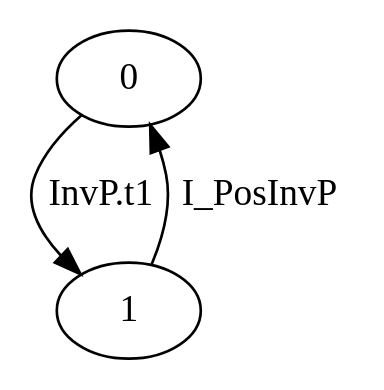
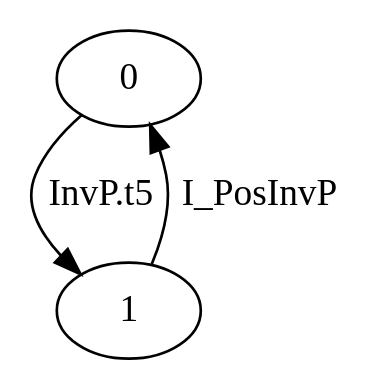
One commit to nsrosa70/midarch-go-v13 changed the diagram in src/cspspecs/SenderReceiver/RECEIVER.dot. Above: the diagram before and after it, drawn with Graphviz. The commit also changed 42 other files, not shown here.

```diff
--- a/src/cspspecs/SenderReceiver/RECEIVER.dot
+++ b/src/cspspecs/SenderReceiver/RECEIVER.dot
@@ -1,4 +1,4 @@
 digraph G {
-  0 -> 1 [ label="InvP.t1" ];
+  0 -> 1 [ label="InvP.t5" ];
   1 -> 0 [ label="I_PosInvP" ];
 }
```
